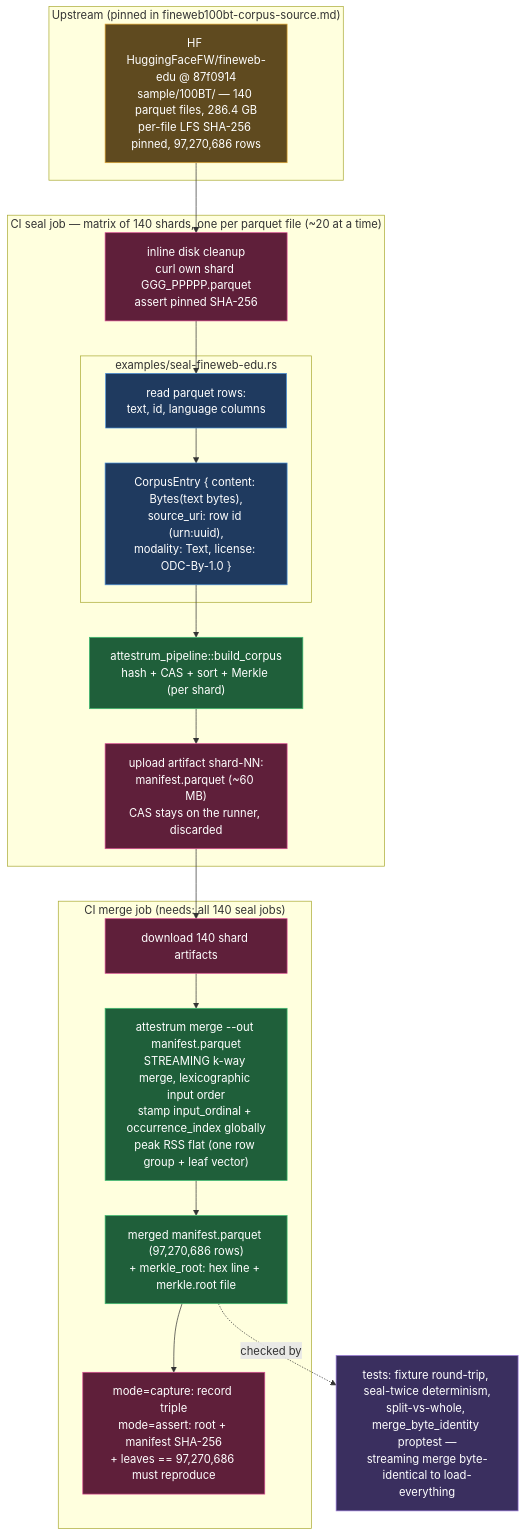
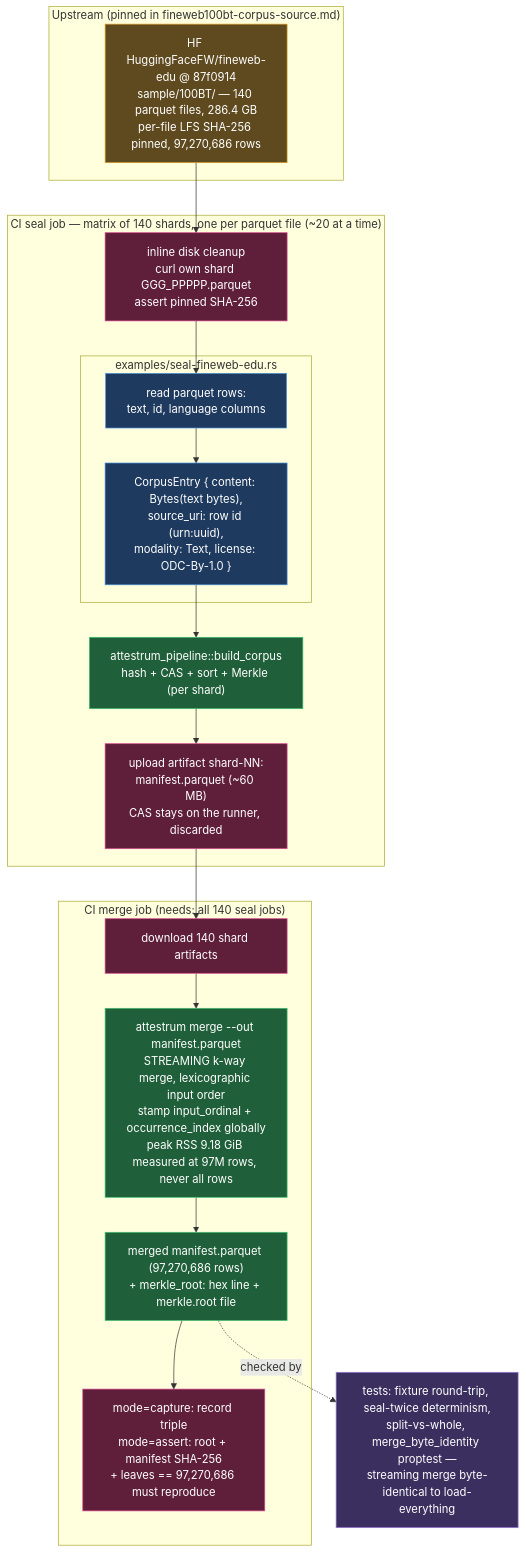
One commit to Attestrum/Attestrum changed the diagram in docs/diagrams/lookback/fineweb100bt-seal-pipeline.md. Above: the diagram before and after it, drawn with Mermaid. The commit also changed other lines of this file and 3 other files, not shown here.

````diff
--- a/docs/diagrams/lookback/fineweb100bt-seal-pipeline.md
+++ b/docs/diagrams/lookback/fineweb100bt-seal-pipeline.md
@@ -47,45 +50,45 @@
 ```mermaid
 flowchart TD
   subgraph SRC["Upstream (pinned in fineweb100bt-corpus-source.md)"]
     HF["HF HuggingFaceFW/fineweb-edu @ 87f0914<br/>sample/100BT/ — 140 parquet files, 286.4 GB<br/>per-file LFS SHA-256 pinned, 97,270,686 rows"]
   end
 
   subgraph MATRIX["CI seal job — matrix of 140 shards, one per parquet file (~20 at a time)"]
     DL["inline disk cleanup<br/>curl own shard GGG_PPPPP.parquet<br/>assert pinned SHA-256"]
     subgraph GEN["examples/seal-fineweb-edu.rs"]
       READ["read parquet rows:<br/>text, id, language columns"]
       ENTRY["CorpusEntry { content: Bytes(text bytes),<br/>source_uri: row id (urn:uuid),<br/>modality: Text, license: ODC-By-1.0 }"]
       READ --> ENTRY
     end
     BUILD["attestrum_pipeline::build_corpus<br/>hash + CAS + sort + Merkle (per shard)"]
     ART["upload artifact shard-NN:<br/>manifest.parquet (~60 MB)<br/>CAS stays on the runner, discarded"]
     DL --> READ
     ENTRY --> BUILD
     BUILD --> ART
   end
 
   subgraph MERGE["CI merge job (needs: all 140 seal jobs)"]
     GATHER["download 140 shard artifacts"]
-    MRG["attestrum merge --out manifest.parquet<br/>STREAMING k-way merge, lexicographic input order<br/>stamp input_ordinal + occurrence_index globally<br/>peak RSS flat (one row group + leaf vector)"]
+    MRG["attestrum merge --out manifest.parquet<br/>STREAMING k-way merge, lexicographic input order<br/>stamp input_ordinal + occurrence_index globally<br/>peak RSS 9.18 GiB measured at 97M rows, never all rows"]
     ROOT["merged manifest.parquet (97,270,686 rows)<br/>+ merkle_root: hex line + merkle.root file"]
     TRIPLE["mode=capture: record triple<br/>mode=assert: root + manifest SHA-256<br/>+ leaves == 97,270,686 must reproduce"]
     GATHER --> MRG --> ROOT --> TRIPLE
   end
 
   HF --> DL
   ART --> GATHER
 
   DET["tests: fixture round-trip, seal-twice determinism,<br/>split-vs-whole, merge_byte_identity proptest —<br/>streaming merge byte-identical to load-everything"]
   ROOT -.checked by.-> DET
 
   classDef in fill:#5f4a1f,stroke:#e0a52e,color:#fff
   classDef ci fill:#5f1f3a,stroke:#d94a90,color:#fff
   classDef gen fill:#1f3a5f,stroke:#4a90d9,color:#fff
   classDef pipe fill:#1f5f3a,stroke:#3ec072,color:#fff
   classDef test fill:#3a2f5f,stroke:#9a7ad9,color:#fff
   class HF in
   class DL,ART,GATHER,TRIPLE ci
   class READ,ENTRY gen
   class BUILD,MRG,ROOT pipe
   class DET test
 ```
````
